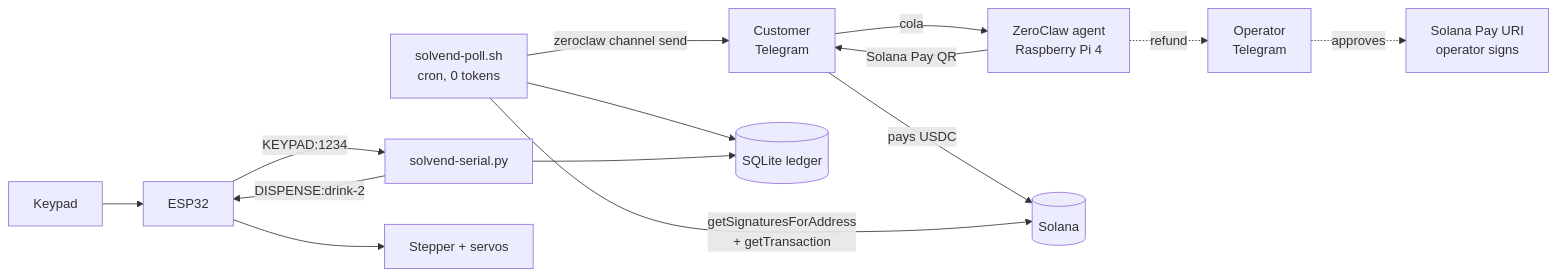
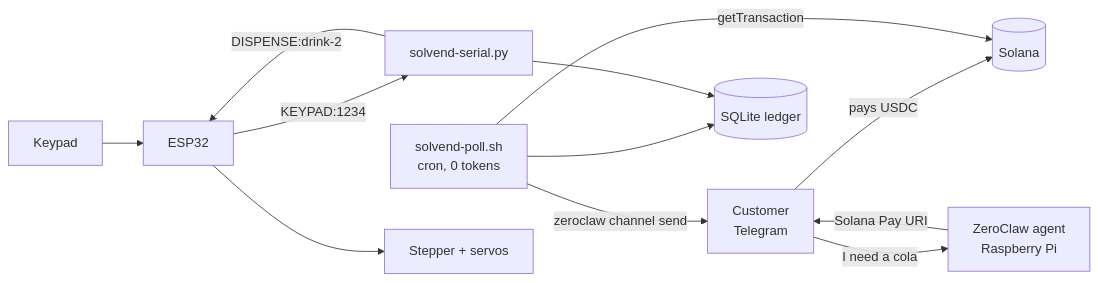
The diagram in README.md (Yahmad2601/solvend-zeroclaw), drawn with Mermaid before and after one commit. The commit also changed other lines of this file and 1 other file, not shown here.

````diff
--- a/README.md
+++ b/README.md
@@ -29,16 +288,14 @@
 ```mermaid
 flowchart LR
-  C[Customer<br/>Telegram] -->|"cola"| Z[ZeroClaw agent<br/>Raspberry Pi 4]
-  Z -->|Solana Pay QR| C
+  C[Customer<br/>Telegram] -->|"I need a cola"| Z[ZeroClaw agent<br/>Raspberry Pi]
+  Z -->|Solana Pay URI| C
   C -->|pays USDC| SOL[(Solana)]
-  P[solvend-poll.sh<br/>cron, 0 tokens] -->|getSignaturesForAddress<br/>+ getTransaction| SOL
+  P[solvend-poll.sh<br/>cron, 0 tokens] -->|getTransaction| SOL
   P -->|zeroclaw channel send| C
   P --> DB[(SQLite ledger)]
   K[Keypad] --> E[ESP32]
   E -->|KEYPAD:1234| D[solvend-serial.py]
   D --> DB
   D -->|DISPENSE:drink-2| E
   E --> M[Stepper + servos]
-  Z -.refund.-> OP[Operator<br/>Telegram]
-  OP -.approves.-> URI[Solana Pay URI<br/>operator signs]
 ```
````
